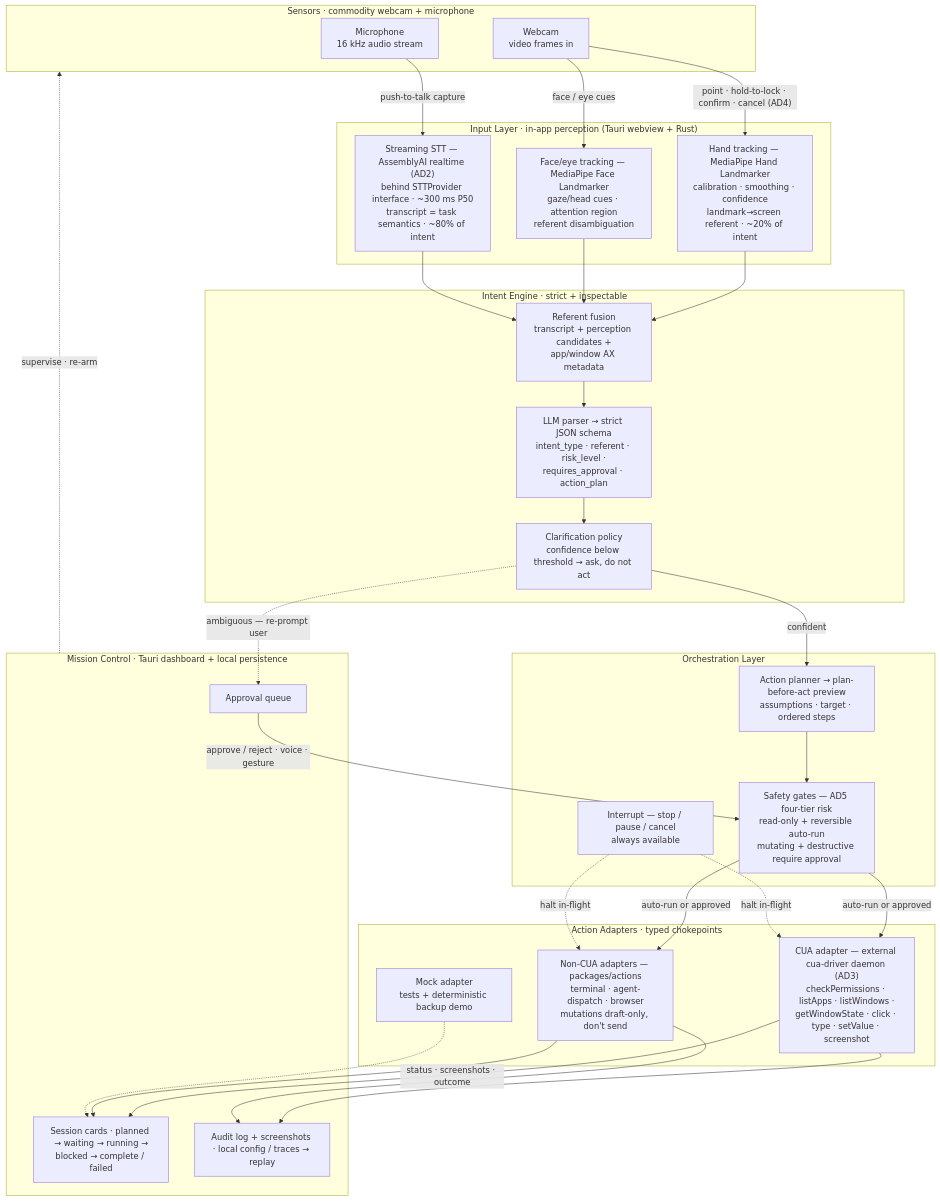
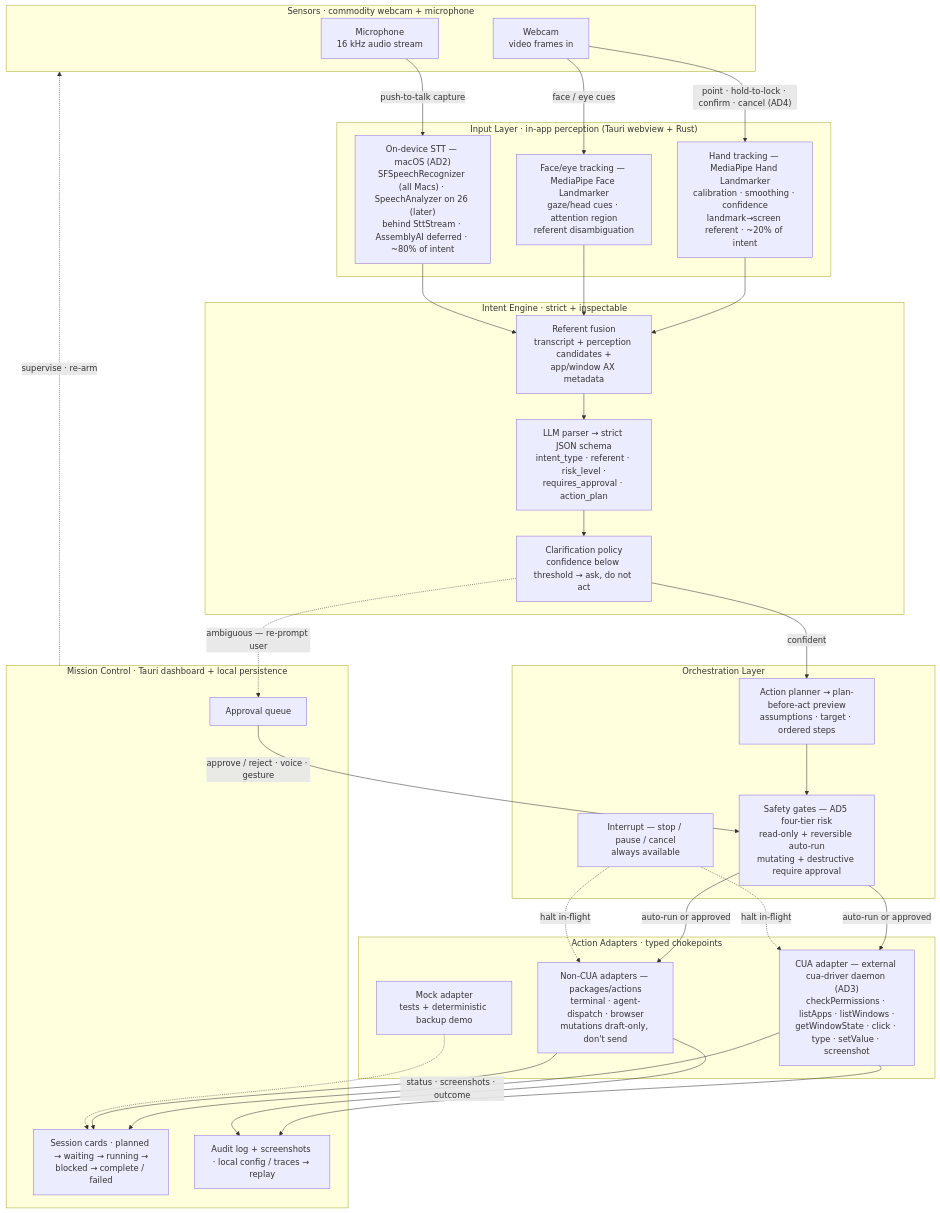
The diagram in FINAL_PLANNING.md (HandsOff-C5/HandsOff), drawn with Mermaid before and after one commit. The commit also changed other lines of this file and 2 other files, not shown here.

First line of the commit message:
docs(stt): default to macOS on-device STT, defer AssemblyAI to a provisioned service (Refs #31)

````diff
--- a/FINAL_PLANNING.md
+++ b/FINAL_PLANNING.md
@@ -62,59 +62,59 @@
 ```mermaid
 flowchart TB
   subgraph Sensors["Sensors · commodity webcam + microphone"]
     Cam["Webcam<br/>video frames in"]
     Mic["Microphone<br/>16 kHz audio stream"]
   end
 
   subgraph Input["Input Layer · in-app perception (Tauri webview + Rust)"]
     Hand["Hand tracking — MediaPipe Hand Landmarker<br/>calibration · smoothing · confidence<br/>landmark→screen referent · ~20% of intent"]
     FaceEye["Face/eye tracking — MediaPipe Face Landmarker<br/>gaze/head cues · attention region<br/>referent disambiguation"]
-    STT["Streaming STT — AssemblyAI realtime (AD2)<br/>behind STTProvider interface · ~300 ms P50<br/>transcript = task semantics · ~80% of intent"]
+    STT["On-device STT — macOS (AD2)<br/>SFSpeechRecognizer (all Macs) · SpeechAnalyzer on 26 (later)<br/>behind SttStream · AssemblyAI deferred · ~80% of intent"]
   end
 
   subgraph Intent["Intent Engine · strict + inspectable"]
     Fuse["Referent fusion<br/>transcript + perception candidates +<br/>app/window AX metadata"]
     Schema["LLM parser → strict JSON schema<br/>intent_type · referent · risk_level ·<br/>requires_approval · action_plan"]
     Clar["Clarification policy<br/>confidence below threshold → ask, do not act"]
   end
 
   subgraph Orch["Orchestration Layer"]
     Plan["Action planner → plan-before-act preview<br/>assumptions · target · ordered steps"]
     Gate["Safety gates — AD5 four-tier risk<br/>read-only + reversible auto-run<br/>mutating + destructive require approval"]
     Int["Interrupt — stop / pause / cancel<br/>always available"]
   end
 
   subgraph Act["Action Adapters · typed chokepoints"]
     CUA["CUA adapter — external cua-driver daemon (AD3)<br/>checkPermissions · listApps · listWindows ·<br/>getWindowState · click · type · setValue · screenshot"]
     Other["Non-CUA adapters — packages/actions<br/>terminal · agent-dispatch · browser<br/>mutations draft-only, don't send"]
     Mock["Mock adapter<br/>tests + deterministic backup demo"]
   end
 
   subgraph Super["Mission Control · Tauri dashboard + local persistence"]
     Sess["Session cards · planned → waiting → running →<br/>blocked → complete / failed"]
     Appr["Approval queue"]
     Audit["Audit log + screenshots · local config / traces → replay"]
   end
 
   Cam -->|"point · hold-to-lock · confirm · cancel (AD4)"| Hand
   Cam -->|"face / eye cues"| FaceEye
   Mic -->|"push-to-talk capture"| STT
   Hand --> Fuse
   FaceEye --> Fuse
   STT --> Fuse
   Fuse --> Schema --> Clar
   Clar -->|"confident"| Plan
   Clar -.->|"ambiguous — re-prompt user"| Appr
   Plan --> Gate
   Appr -->|"approve / reject · voice · gesture"| Gate
   Gate -->|"auto-run or approved"| CUA
   Gate -->|"auto-run or approved"| Other
   CUA -->|"status · screenshots · outcome"| Sess
   Other --> Sess
   Mock -.-> Sess
   CUA --> Audit
   Other --> Audit
   Int -.->|"halt in-flight"| CUA
   Int -.->|"halt in-flight"| Other
   Super -. "supervise · re-arm" .-> Sensors
 ```
````
